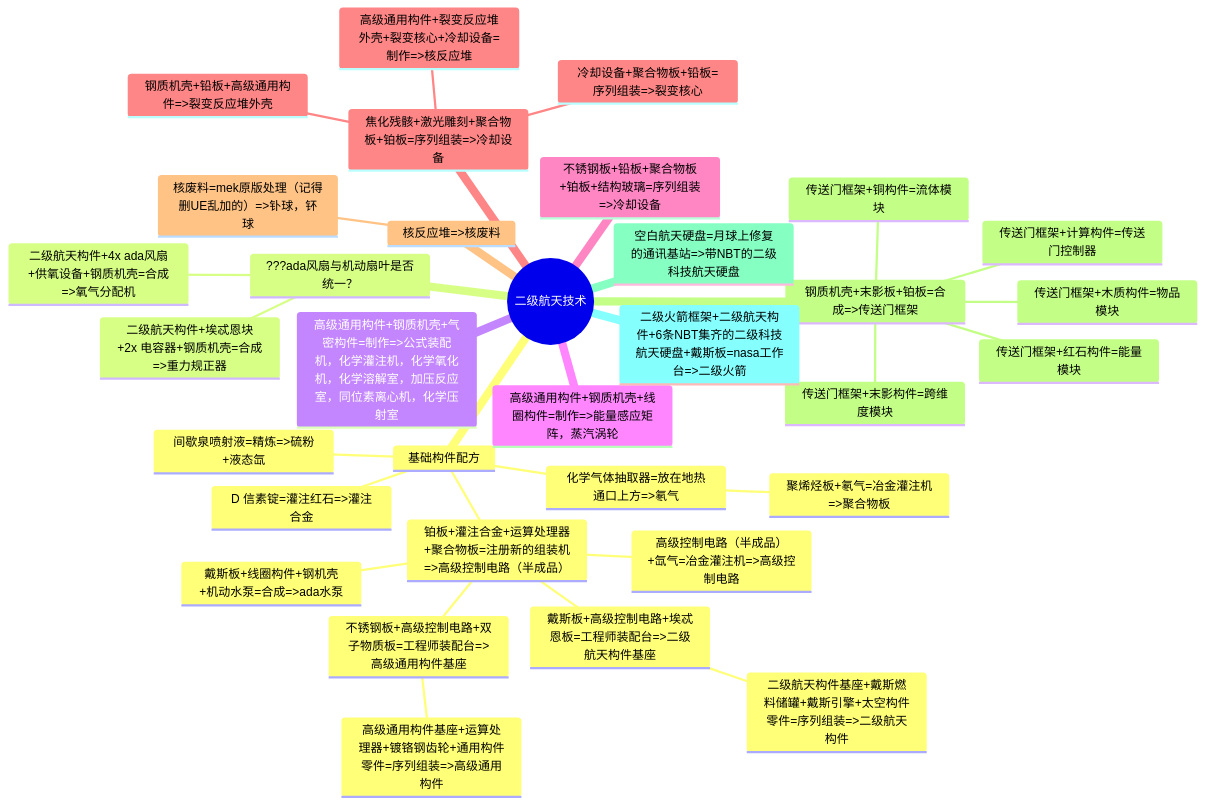
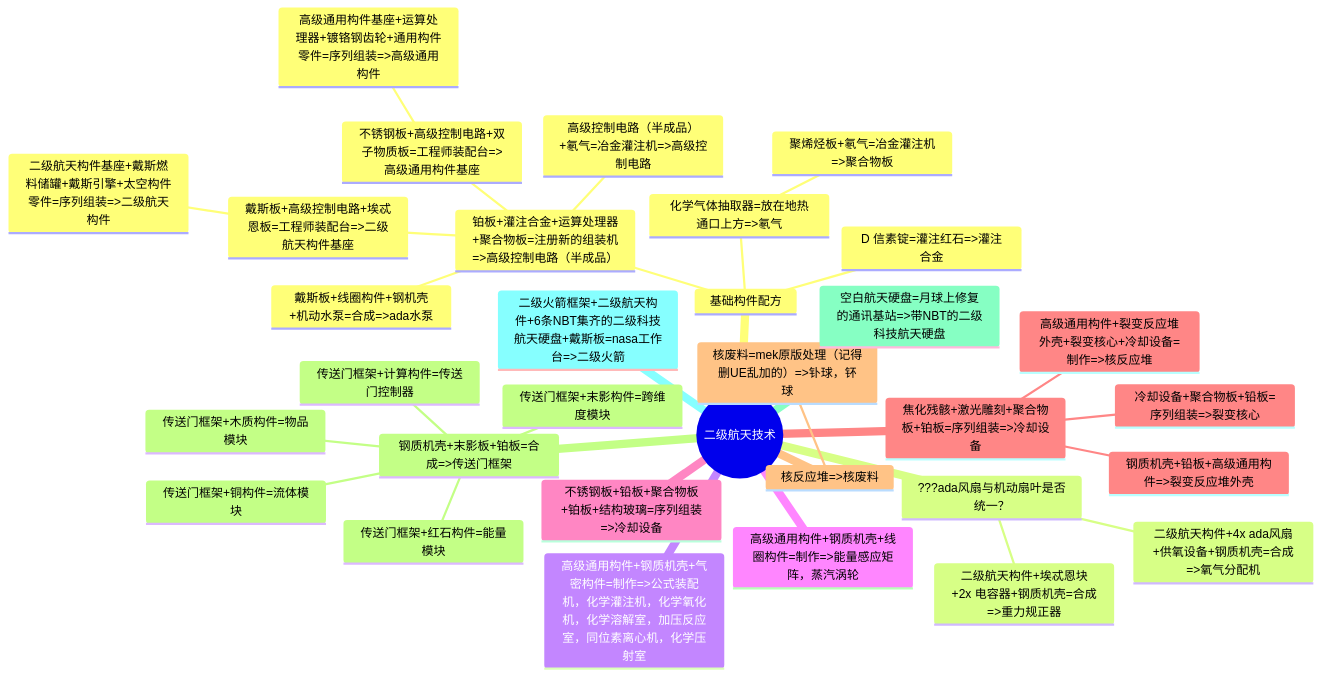
One commit to VechniMetel/CodeNameCIM2 changed the second of 4 diagrams in Developer/TechTreeMap.md. Above: the diagram before and after it, drawn with Mermaid. The commit also changed other lines of this file, not shown here.

````diff
--- a/Developer/TechTreeMap.md
+++ b/Developer/TechTreeMap.md
@@ -45,36 +45,35 @@
 ``` mermaid
 mindmap
     root((二级航天技术))
         基础构件配方
             D 信素锭=灌注红石=>灌注合金
-            间歇泉喷射液=精炼=>硫粉+液态氙
             化学气体抽取器=放在地热通口上方=>氡气
                 聚烯烃板+氡气=冶金灌注机=>聚合物板
             铂板+灌注合金+运算处理器+聚合物板=注册新的组装机=>高级控制电路（半成品）
-                高级控制电路（半成品）+氙气=冶金灌注机=>高级控制电路
+                高级控制电路（半成品）+氡气=冶金灌注机=>高级控制电路
                 戴斯板+高级控制电路+埃忒恩板=工程师装配台=>二级航天构件基座
                     二级航天构件基座+戴斯燃料储罐+戴斯引擎+太空构件零件=序列组装=>二级航天构件
                 不锈钢板+高级控制电路+双子物质板=工程师装配台=>高级通用构件基座
                     高级通用构件基座+运算处理器+镀铬钢齿轮+通用构件零件=序列组装=>高级通用构件
                 戴斯板+线圈构件+钢机壳+机动水泵=合成=>ada水泵
         ???ada风扇与机动扇叶是否统一？
             二级航天构件+4x ada风扇+供氧设备+钢质机壳=合成=>氧气分配机
             二级航天构件+埃忒恩块+2x 电容器+钢质机壳=合成=>重力规正器
         高级通用构件+钢质机壳+气密构件=制作=>公式装配机，化学灌注机，化学氧化机，化学溶解室，加压反应室，同位素离心机，化学压射室
         高级通用构件+钢质机壳+线圈构件=制作=>能量感应矩阵，蒸汽涡轮
         不锈钢板+铅板+聚合物板+铂板+结构玻璃=序列组装=>冷却设备
         焦化残骸+激光雕刻+聚合物板+铂板=序列组装=>冷却设备
             冷却设备+聚合物板+铅板=序列组装=>裂变核心
             钢质机壳+铅板+高级通用构件=>裂变反应堆外壳
             高级通用构件+裂变反应堆外壳+裂变核心+冷却设备=制作=>核反应堆
         核反应堆=>核废料
             核废料=mek原版处理（记得删UE乱加的）=>钋球，钚球
         钢质机壳+末影板+铂板=合成=>传送门框架
             传送门框架+计算构件=传送门控制器
             传送门框架+木质构件=物品模块
             传送门框架+铜构件=流体模块
             传送门框架+红石构件=能量模块
             传送门框架+末影构件=跨维度模块
         空白航天硬盘=月球上修复的通讯基站=>带NBT的二级科技航天硬盘
         二级火箭框架+二级航天构件+6条NBT集齐的二级科技航天硬盘+戴斯板=nasa工作台=>二级火箭
 ```
````
